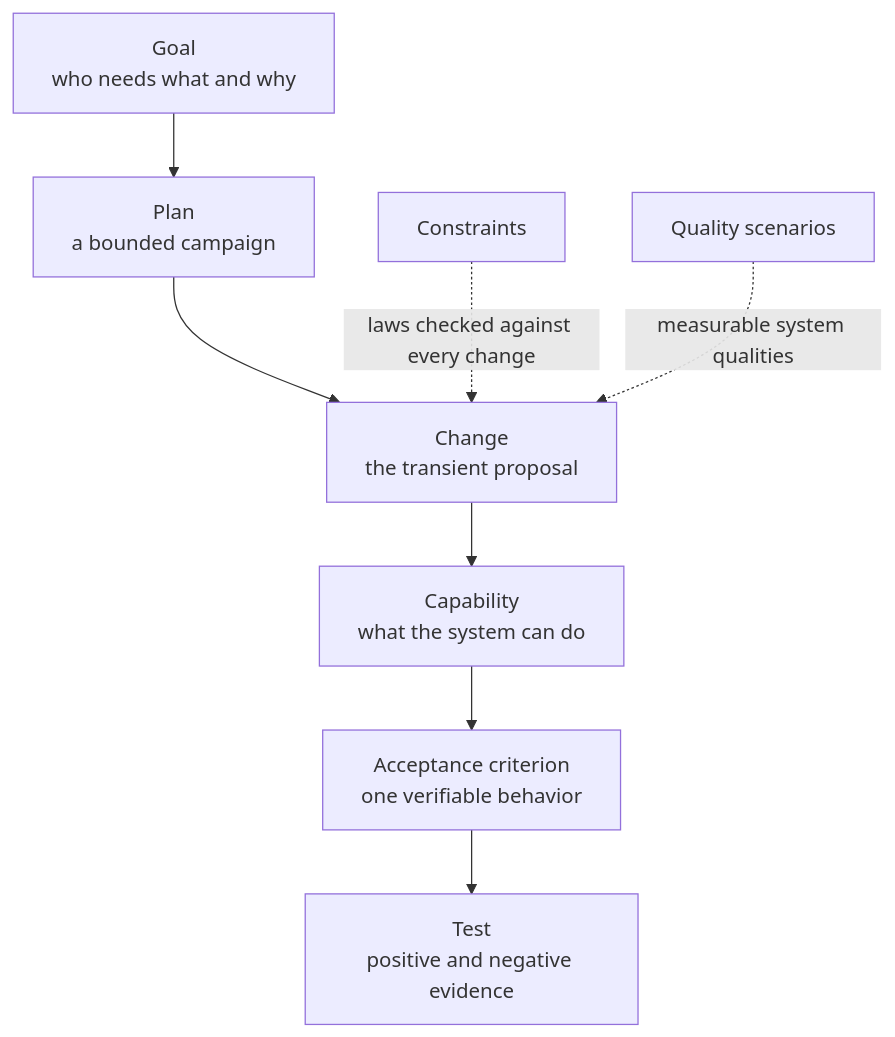
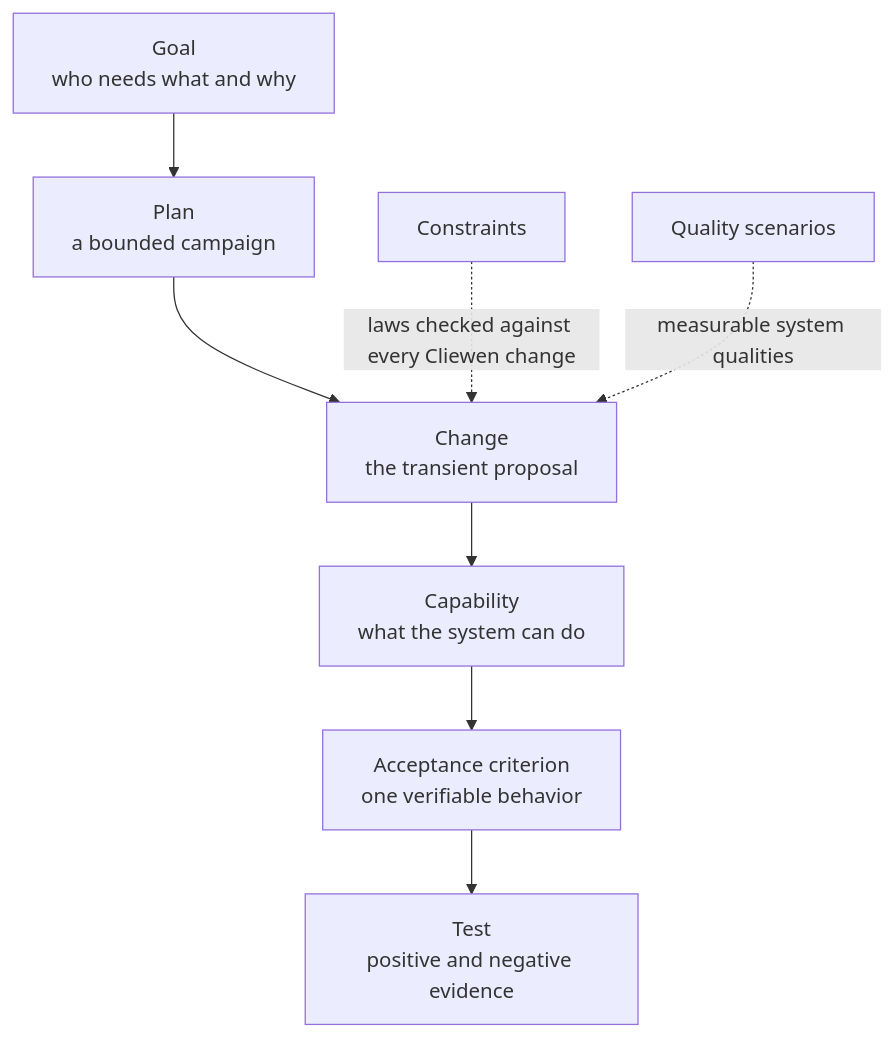
One commit to cliewen/cliewen changed the diagram in guide/methodology.md. Above: the diagram before and after it, drawn with Mermaid. The commit also changed other lines of this file and 47 other files, not shown here.

````diff
--- a/guide/methodology.md
+++ b/guide/methodology.md
@@ -5,10 +5,10 @@
 ```mermaid
 flowchart TD
     G[Goal<br/>who needs what and why] --> P[Plan<br/>a bounded campaign]
     P --> CH[Change<br/>the transient proposal]
     CH --> CAP[Capability<br/>what the system can do]
     CAP --> AC[Acceptance criterion<br/>one verifiable behavior]
     AC --> T[Test<br/>positive and negative evidence]
-    C[Constraints] -. laws checked against every change .-> CH
+    C[Constraints] -. laws checked against every Cliewen change .-> CH
     QS[Quality scenarios] -. measurable system qualities .-> CH
 ```
````
